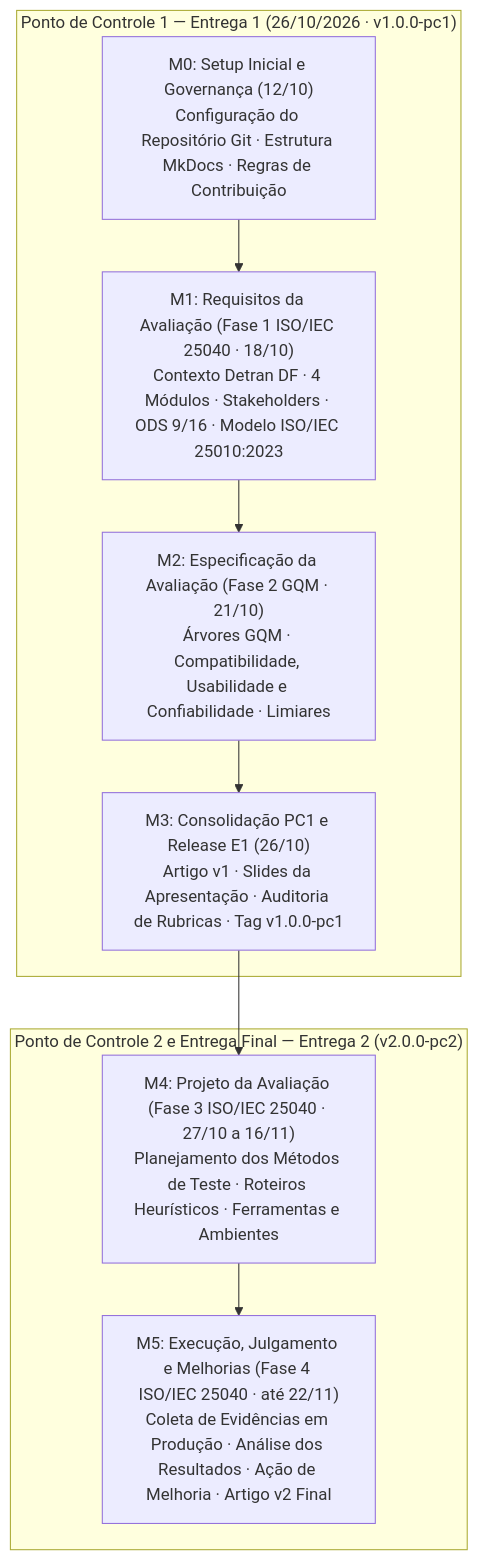
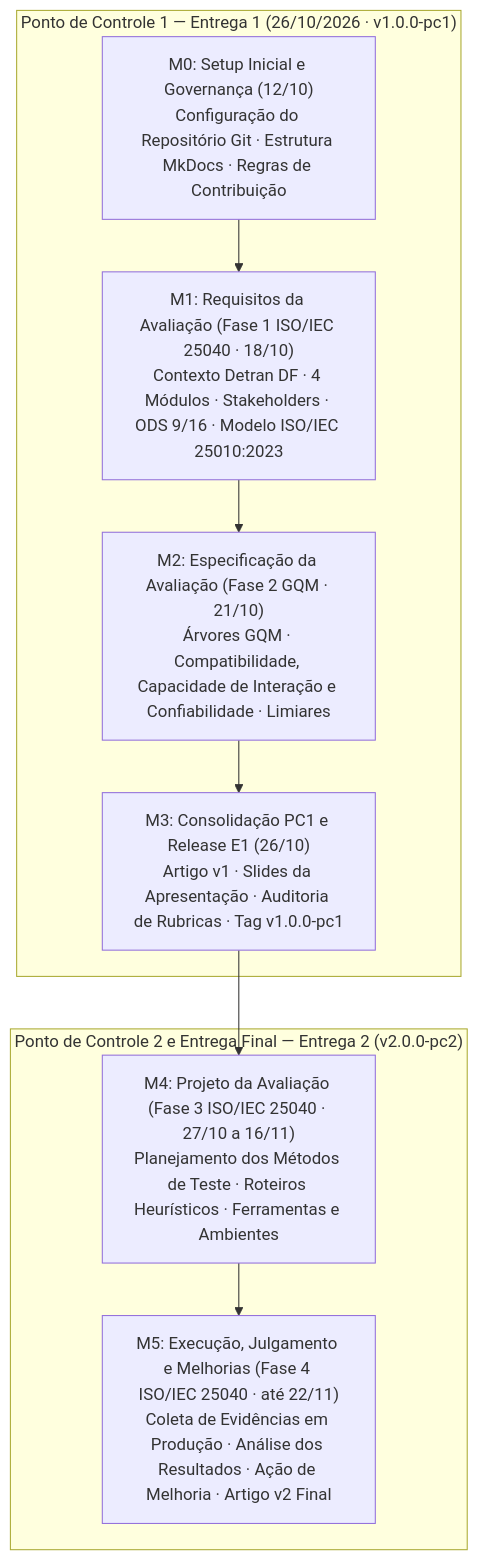
The fourth of 7 diagrams in docs/gestao/metricas-psm.md (FCTE-Qualidade-de-Software-1/2026-2_T02_KAY_MCNULTY), drawn with Mermaid before and after one commit. The commit also changed other lines of this file and 23 other files, not shown here.

````diff
--- a/docs/gestao/metricas-psm.md
+++ b/docs/gestao/metricas-psm.md
@@ -124,16 +124,16 @@
 ```mermaid
 flowchart TD
     subgraph PC1["Ponto de Controle 1 — Entrega 1 (26/10/2026 · v1.0.0-pc1)"]
         M0["M0: Setup Inicial e Governança (12/10)<br/>Configuração do Repositório Git · Estrutura MkDocs · Regras de Contribuição"]
         M1["M1: Requisitos da Avaliação (Fase 1 ISO/IEC 25040 · 18/10)<br/>Contexto Detran DF · 4 Módulos · Stakeholders · ODS 9/16 · Modelo ISO/IEC 25010:2023"]
-        M2["M2: Especificação da Avaliação (Fase 2 GQM · 21/10)<br/>Árvores GQM · Compatibilidade, Usabilidade e Confiabilidade · Limiares"]
+        M2["M2: Especificação da Avaliação (Fase 2 GQM · 21/10)<br/>Árvores GQM · Compatibilidade, Capacidade de Interação e Confiabilidade · Limiares"]
         M3["M3: Consolidação PC1 e Release E1 (26/10)<br/>Artigo v1 · Slides da Apresentação · Auditoria de Rubricas · Tag v1.0.0-pc1"]
         M0 --> M1 --> M2 --> M3
     end
     subgraph PC2["Ponto de Controle 2 e Entrega Final — Entrega 2 (v2.0.0-pc2)"]
         M4["M4: Projeto da Avaliação (Fase 3 ISO/IEC 25040 · 27/10 a 16/11)<br/>Planejamento dos Métodos de Teste · Roteiros Heurísticos · Ferramentas e Ambientes"]
         M5["M5: Execução, Julgamento e Melhorias (Fase 4 ISO/IEC 25040 · até 22/11)<br/>Coleta de Evidências em Produção · Análise dos Resultados · Ação de Melhoria · Artigo v2 Final"]
         M4 --> M5
     end
     M3 --> M4
 ```
````
